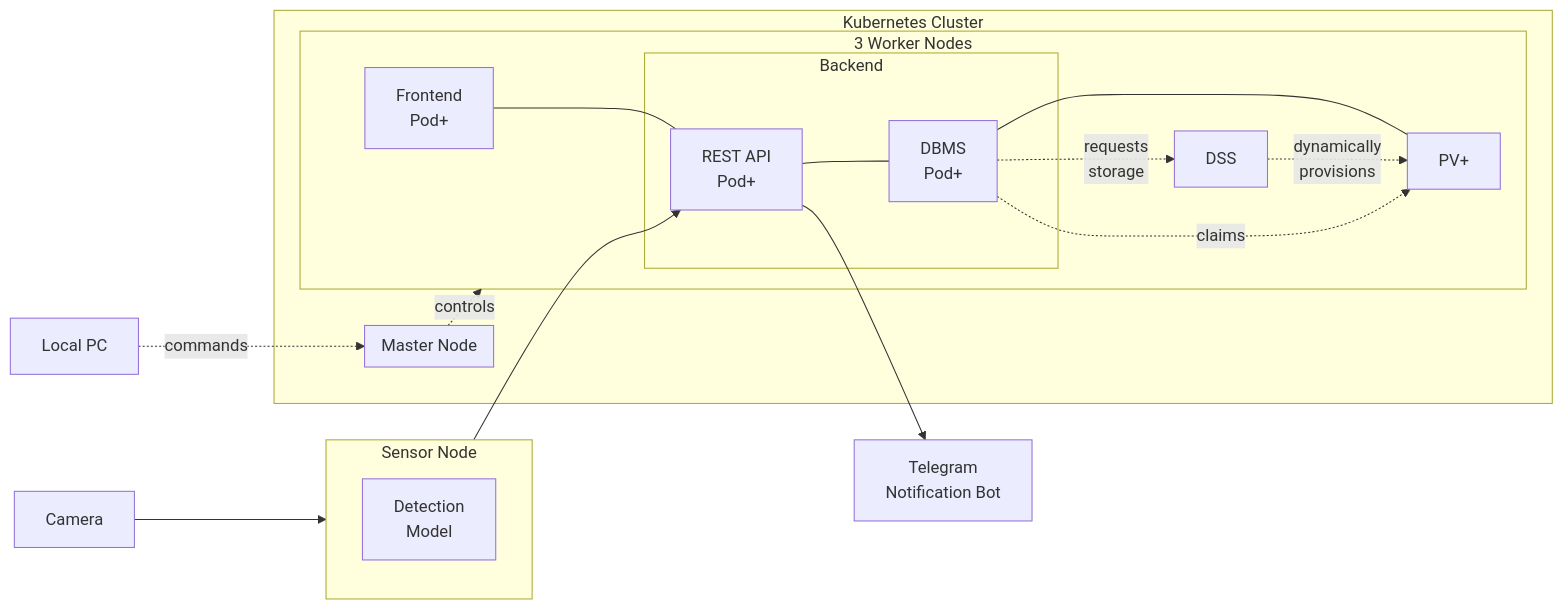
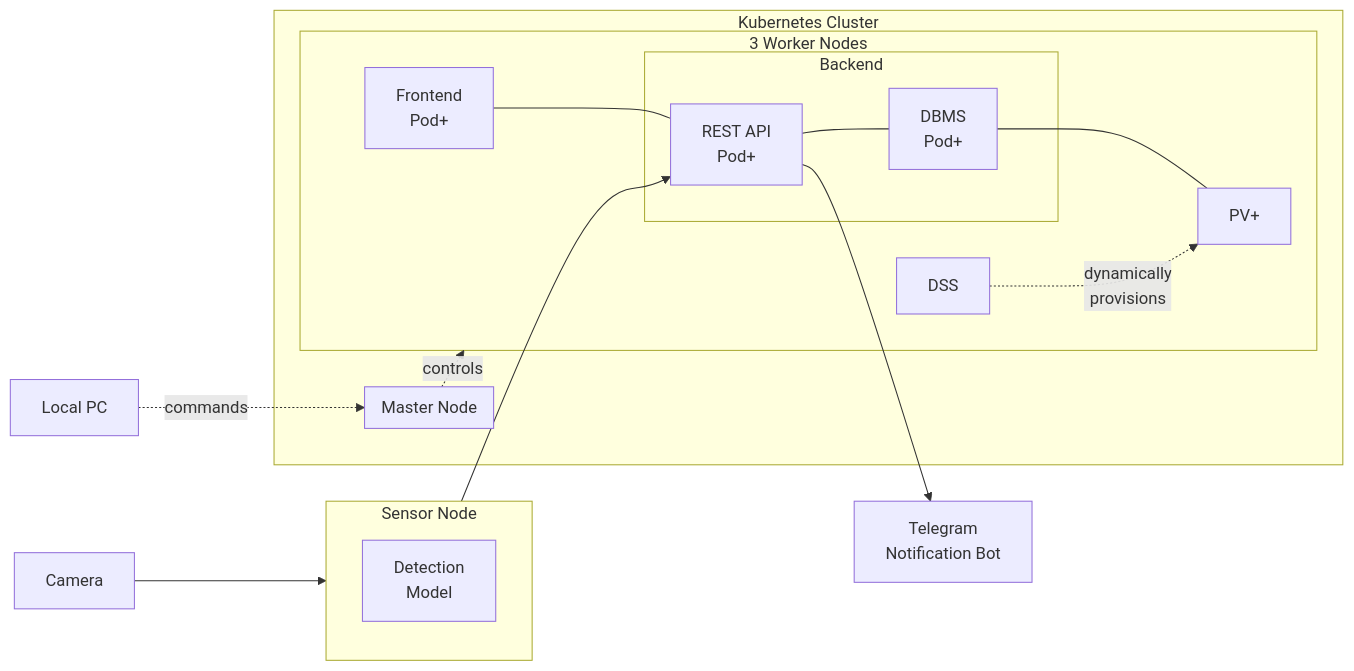
One commit to ccfrauasgr2/pet-detection changed the second of 3 diagrams in docs/Group_2_SS23_ProjectReport.md. Above: the diagram before and after it, drawn with Mermaid.

Commit message:
architecture edit

````diff
--- a/docs/Group_2_SS23_ProjectReport.md
+++ b/docs/Group_2_SS23_ProjectReport.md
@@ -63,36 +63,35 @@
 ```mermaid
 flowchart LR
   camera[Camera]
 
   subgraph sensornode[Sensor Node]
     model[Detection\nModel]
   end
 
   subgraph cluster[Kubernetes Cluster]
 
     subgraph masterNode[Master Node]
       
     end
 
     subgraph workerNode[3 Worker Nodes]
       frontendContainer[Frontend\nPod+]
       dss[DSS]
       subgraph backendContainer[Backend]
         restapiContainer[REST API\nPod+]
         dbmsContainer[DBMS\nPod+]
       end
       persistentVolume[PV+]
     end 
   end
 
   localPC[Local PC]
   bot[Telegram\nNotification Bot]
 
   restapiContainer --> bot
   localPC -.commands.-> masterNode -.controls.-> workerNode
   frontendContainer --- restapiContainer --- dbmsContainer --- persistentVolume
   camera --> sensornode --> restapiContainer
-  dbmsContainer -.requests\nstorage.-> dss -.dynamically\nprovisions.-> persistentVolume
-  dbmsContainer -.claims.-> persistentVolume
+  dss -.dynamically\nprovisions.-> persistentVolume
   
 ```
````
